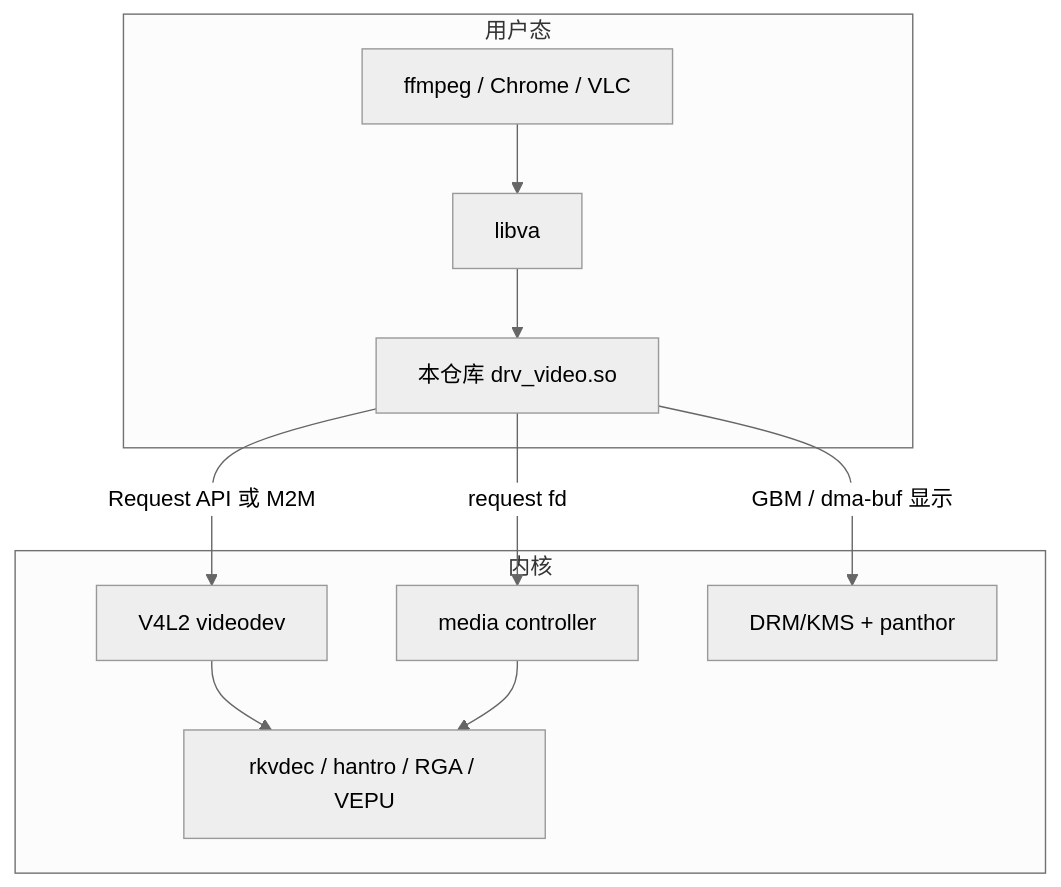
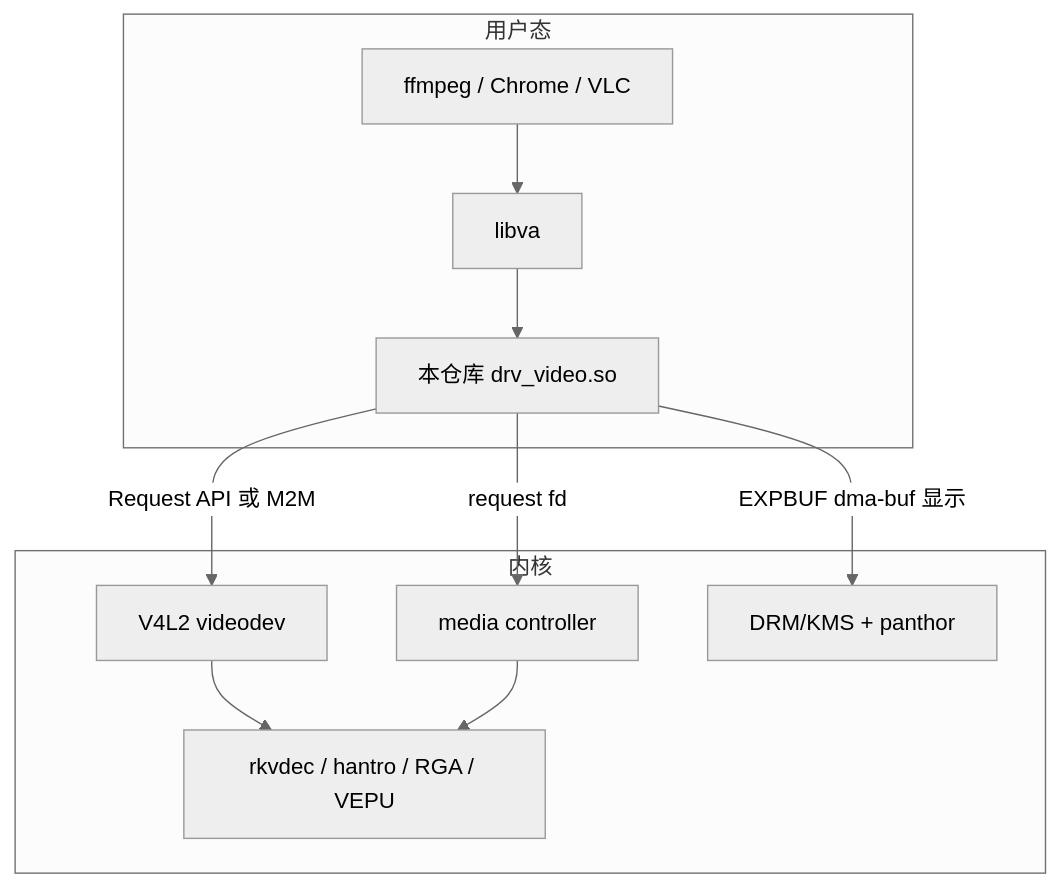
One commit to pty819/vaapi-v4l2-bridge changed the diagram in docs/learn/index.md. Above: the diagram before and after it, drawn with Mermaid (neutral theme). The commit also changed other lines of this file and 26 other files, not shown here.

````diff
--- a/docs/learn/index.md
+++ b/docs/learn/index.md
@@ -21,20 +21,20 @@
 ```{mermaid}
 flowchart TB
   subgraph user [用户态]
     APP[ffmpeg / Chrome / VLC]
     LIBVA[libva]
     DRV[本仓库 drv_video.so]
   end
   subgraph kernel [内核]
     V4L[V4L2 videodev]
     MC[media controller]
     DRM[DRM/KMS + panthor]
     VPU[rkvdec / hantro / RGA / VEPU]
   end
   APP --> LIBVA --> DRV
   DRV -->|Request API 或 M2M| V4L
   DRV -->|request fd| MC
-  DRV -->|GBM / dma-buf 显示| DRM
+  DRV -->|EXPBUF dma-buf 显示| DRM
   V4L --> VPU
   MC --> VPU
 ```
````
